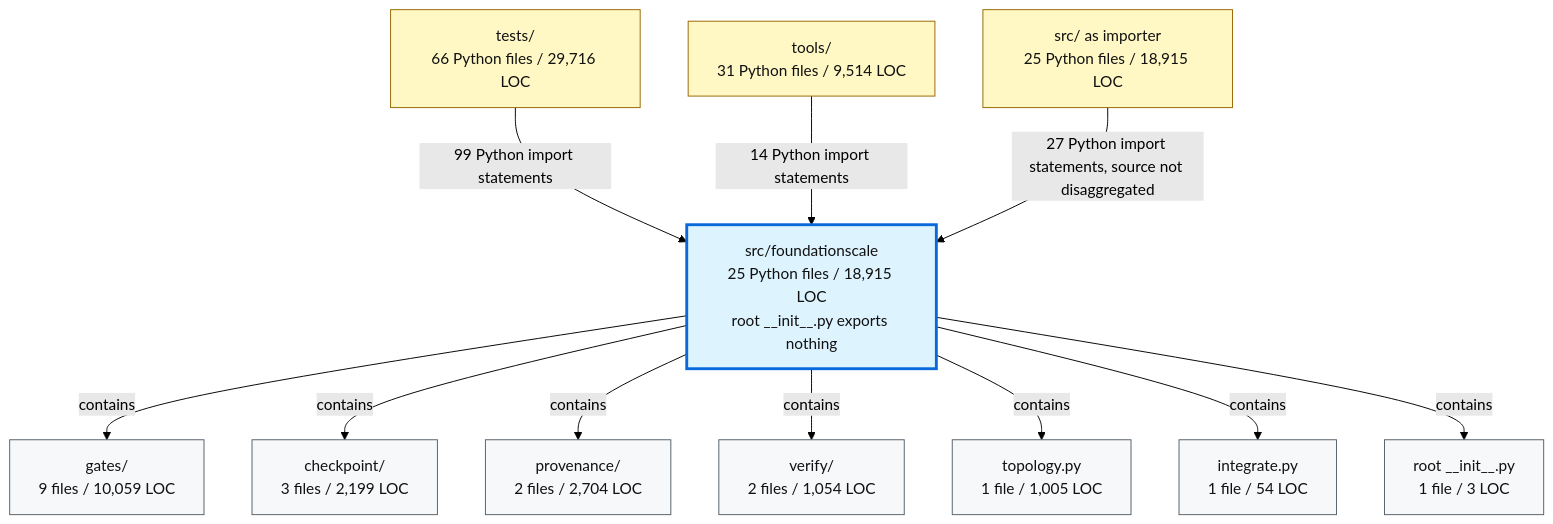
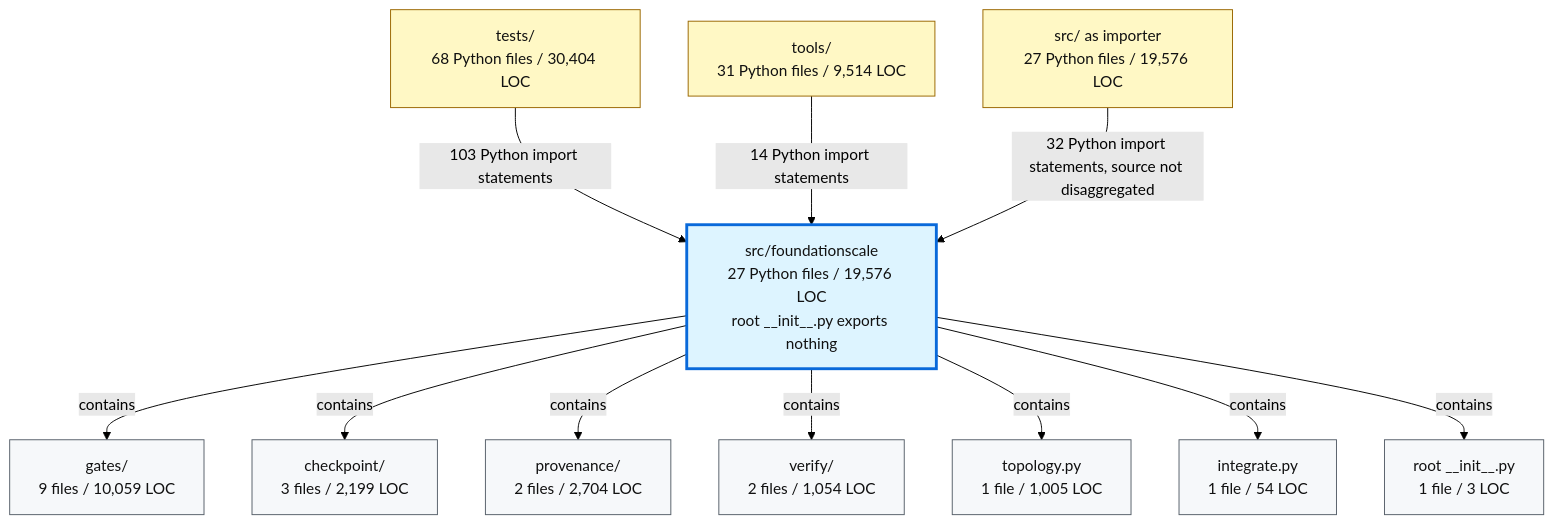
Before and after one commit to TranNhiem/FoundationScale: the second of 2 diagrams in docs/review/D2_current_architecture.md, drawn with Mermaid (forest theme). The commit also changed other lines of this file and 20 other files, not shown here.

````diff
--- a/docs/review/D2_current_architecture.md
+++ b/docs/review/D2_current_architecture.md
@@ -97,36 +97,36 @@
 ```mermaid
 flowchart TB
-  TESTS["tests/<br/>66 Python files / 29,716 LOC"]
+  TESTS["tests/<br/>68 Python files / 30,404 LOC"]
   TOOLS["tools/<br/>31 Python files / 9,514 LOC"]
-  SRC["src/ as importer<br/>25 Python files / 18,915 LOC"]
+  SRC["src/ as importer<br/>27 Python files / 19,576 LOC"]
 
-  FS["src/foundationscale<br/>25 Python files / 18,915 LOC<br/>root __init__.py exports nothing"]
+  FS["src/foundationscale<br/>27 Python files / 19,576 LOC<br/>root __init__.py exports nothing"]
 
   GATES["gates/<br/>9 files / 10,059 LOC"]
   CKPT["checkpoint/<br/>3 files / 2,199 LOC"]
   PROV["provenance/<br/>2 files / 2,704 LOC"]
   VERIFY["verify/<br/>2 files / 1,054 LOC"]
   TOPO["topology.py<br/>1 file / 1,005 LOC"]
   INTEG["integrate.py<br/>1 file / 54 LOC"]
   ROOT["root __init__.py<br/>1 file / 3 LOC"]
 
-  TESTS -->|"99 Python import statements"| FS
+  TESTS -->|"103 Python import statements"| FS
   TOOLS -->|"14 Python import statements"| FS
-  SRC -->|"27 Python import statements, source not disaggregated"| FS
+  SRC -->|"32 Python import statements, source not disaggregated"| FS
 
   FS -->|"contains"| GATES
   FS -->|"contains"| CKPT
   FS -->|"contains"| PROV
   FS -->|"contains"| VERIFY
   FS -->|"contains"| TOPO
   FS -->|"contains"| INTEG
   FS -->|"contains"| ROOT
 
   classDef consumer fill:#fff8c5,stroke:#9a6700,color:#111;
   classDef package fill:#ddf4ff,stroke:#0969da,stroke-width:3px,color:#111;
   classDef module fill:#f6f8fa,stroke:#57606a,color:#111;
 
   class TESTS,TOOLS,SRC consumer;
   class FS package;
   class GATES,CKPT,PROV,VERIFY,TOPO,INTEG,ROOT module;
 ```
````
